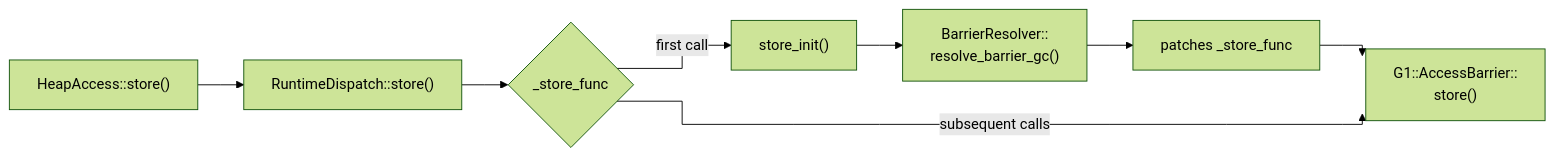
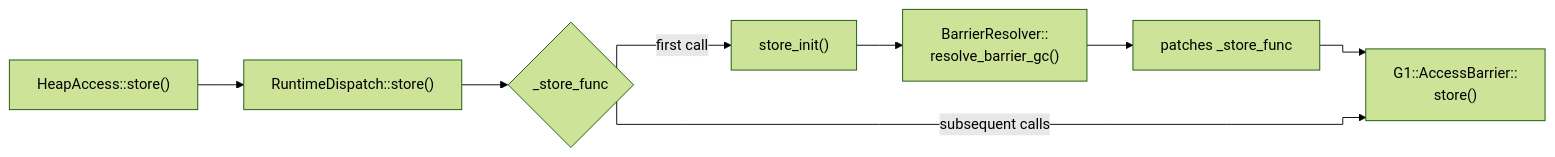
The second of 2 diagrams in _posts/2026-05-12-lazy-resolution-resolve-once-dispatch-forever.md (Shubhankar-Gambhir/Shubhankar-Gambhir.github.io), drawn with Mermaid (forest theme) before and after one commit.

Commit message:
Change flowchart curve to stepBefore in Post 2

````diff
--- a/_posts/2026-05-12-lazy-resolution-resolve-once-dispatch-forever.md
+++ b/_posts/2026-05-12-lazy-resolution-resolve-once-dispatch-forever.md
@@ -231,15 +231,15 @@
 ```mermaid
 ---
 config:
   flowchart:
-    curve: stepAfter
+    curve: stepBefore
 ---
 flowchart LR
     A["HeapAccess::store()"] --> B["RuntimeDispatch::store()"]
     B --> C{"_store_func"}
     C -->|first call| D["store_init()"]
     D --> E["BarrierResolver::\nresolve_barrier_gc()"]
     E --> F["patches _store_func"]
     F --> G["G1::AccessBarrier::\nstore()"]
     C -->|subsequent calls| G
 ```
````
